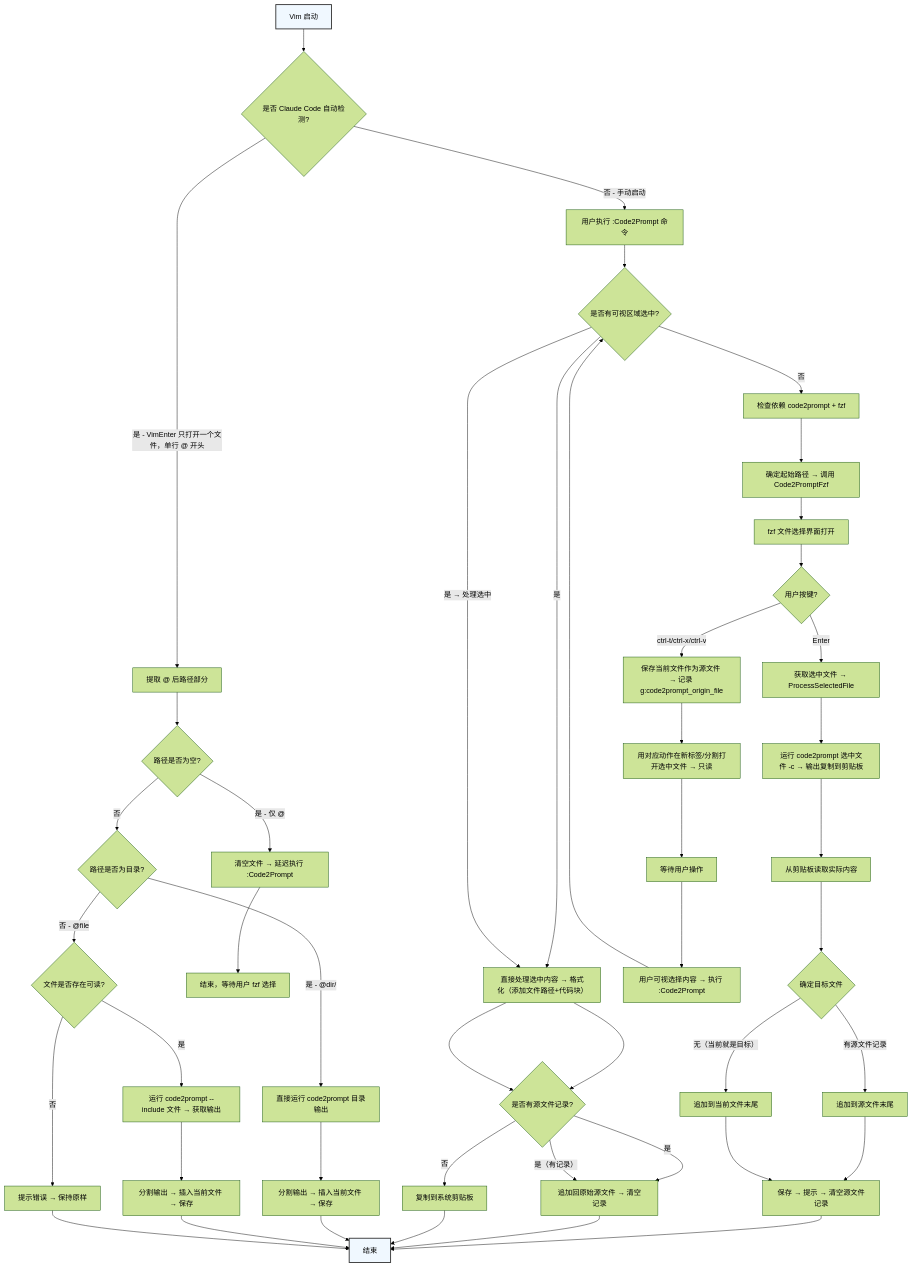
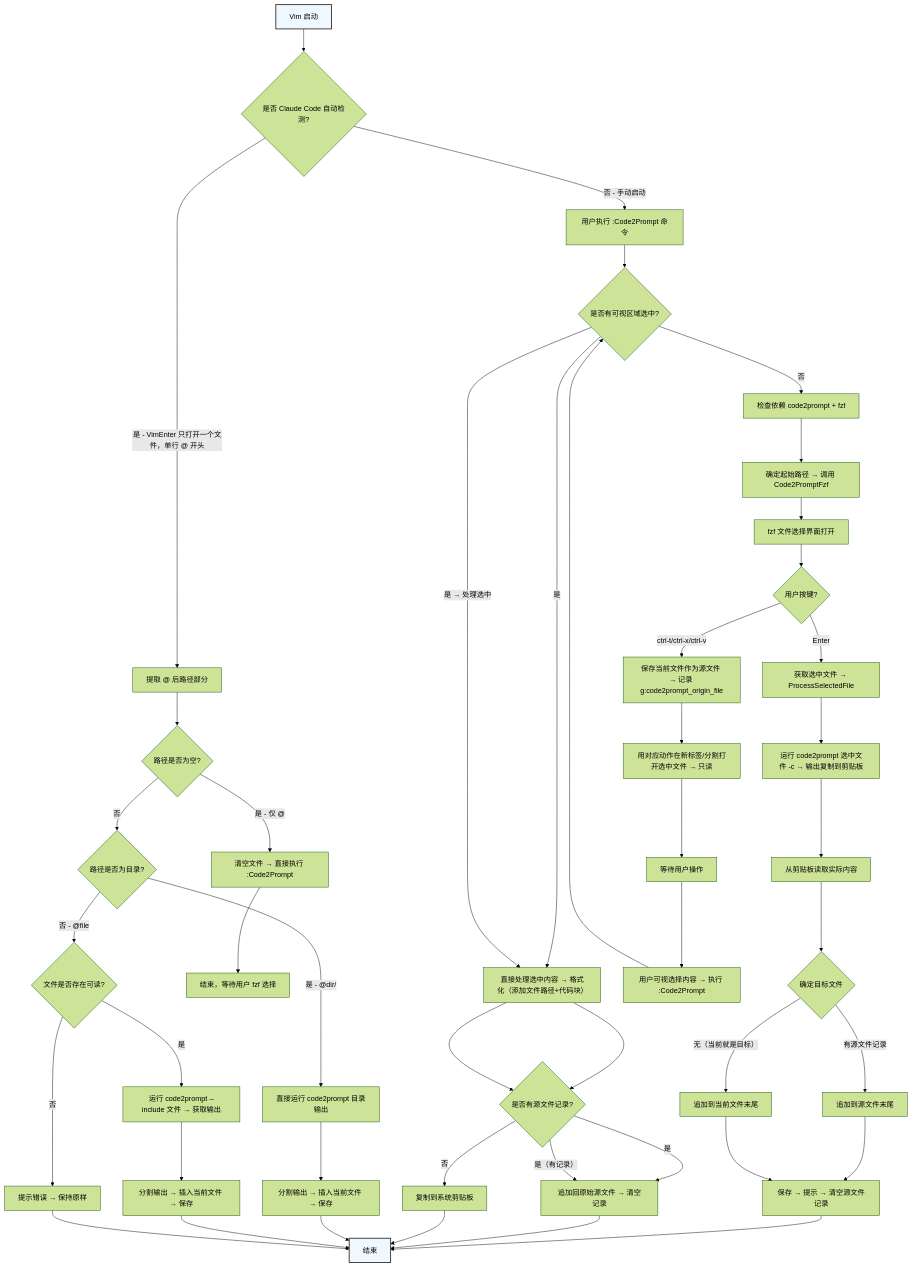
The first of 5 diagrams in plugin/vimCode2Prompt/docs/workflow.md (syllr/ainote), drawn with Mermaid (forest theme) before and after one commit. The commit also changed other lines of this file and 1 other file, not shown here.

First line of the commit message:
improve: Claude Code auto-detection - add writable check and remove timer

````diff
--- a/plugin/vimCode2Prompt/docs/workflow.md
+++ b/plugin/vimCode2Prompt/docs/workflow.md
@@ -5,55 +5,55 @@
 ```mermaid
 flowchart TD
     A[Vim 启动] --> B{是否 Claude Code 自动检测?}
     B -->|"是 - VimEnter 只打开一个文件，单行 @ 开头"| C[提取 @ 后路径部分]
     C --> D{路径是否为空?}
-    D -->|是 - 仅 @| E[清空文件 → 延迟执行 :Code2Prompt]
+    D -->|是 - 仅 @| E[清空文件 → 直接执行 :Code2Prompt]
     D -->|否| F{路径是否为目录?}
     F -->|是 - @dir/| G[直接运行 code2prompt 目录输出]
     G --> H[分割输出 → 插入当前文件 → 保存]
     F -->|否 - @file| I{文件是否存在可读?}
     I -->|是| J[运行 code2prompt --include 文件 → 获取输出]
     J --> K[分割输出 → 插入当前文件 → 保存]
     I -->|否| L[提示错误 → 保持原样]
     E --> M[结束，等待用户 fzf 选择]
 
     B -->|"否 - 手动启动"| N[用户执行 :Code2Prompt 命令]
     N --> O{是否有可视区域选中?}
     O -->|是| P["直接处理选中内容 → 格式化（添加文件路径+代码块）"]
     P --> Q{是否有源文件记录?}
     Q -->|是| R[追加到源文件末尾 → 清空记录]
     Q -->|否| S[复制到系统剪贴板]
     O -->|否| T[检查依赖 code2prompt + fzf]
     T --> U[确定起始路径 → 调用 Code2PromptFzf]
     U --> V[fzf 文件选择界面打开]
 
     V --> W{用户按键?}
     W -->|Enter| X[获取选中文件 → ProcessSelectedFile]
     X --> Y[运行 code2prompt 选中文件 -c → 输出复制到剪贴板]
     Y --> Z[从剪贴板读取实际内容]
     Z --> AA{确定目标文件}
     AA -->|有源文件记录| BB[追加到源文件末尾]
     AA -->|"无（当前就是目标）"| CC[追加到当前文件末尾]
     BB --> DD[保存 → 提示 → 清空源文件记录]
     CC --> DD
     DD --> EE[结束]
 
     W -->|ctrl-t/ctrl-x/ctrl-v| FF[保存当前文件作为源文件 → 记录 g:code2prompt_origin_file]
     FF --> GG[用对应动作在新标签/分割打开选中文件 → 只读]
     GG --> HH[等待用户操作]
 
     HH --> II[用户可视选择内容 → 执行 :Code2Prompt]
     II --> O
     O -->|是 → 处理选中| P
     P --> Q
     Q -->|"是（有记录）"| R[追加回原始源文件 → 清空记录]
     R --> EE
 
     S --> EE
     H --> EE
     K --> EE
     L --> EE
 
     classDef startend fill:#f0f8ff,stroke:#333,stroke-width:2px
     class A,EE startend
 ```
````
